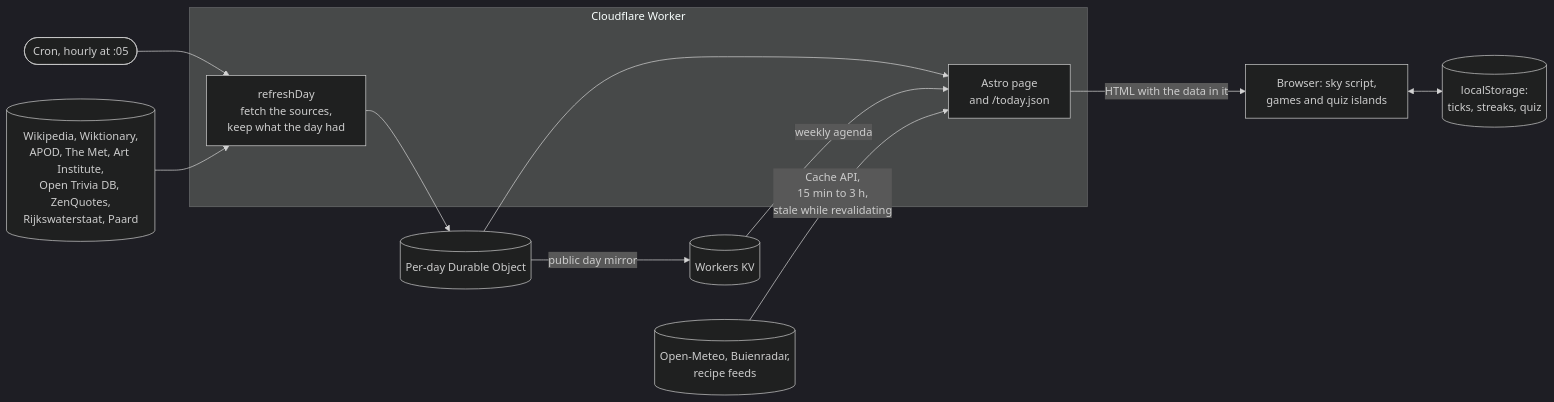
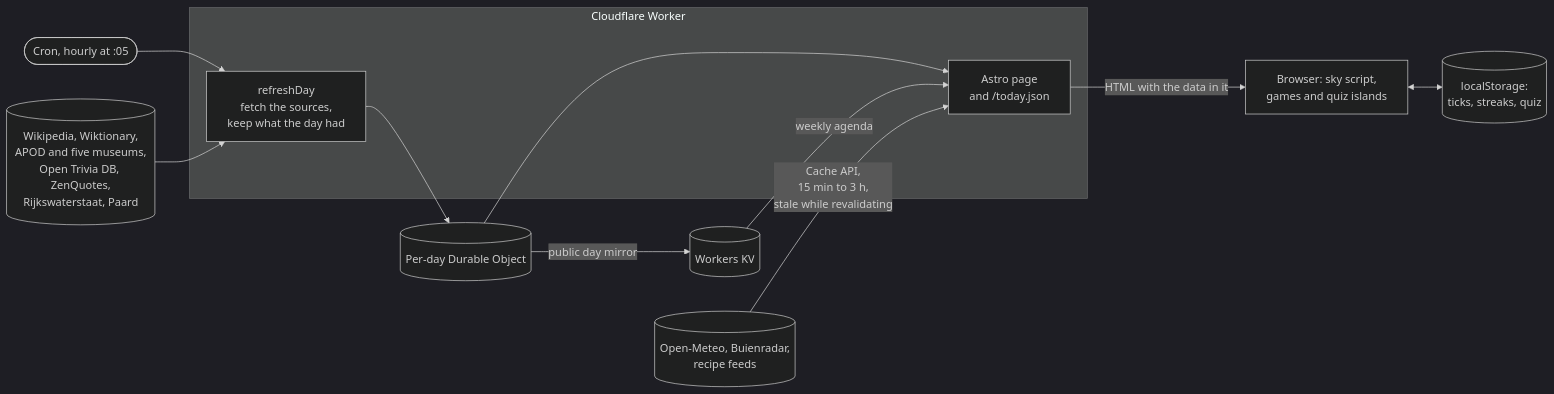
One commit to simonvanlierde/duinlab-today changed the diagram in README.md. Above: the diagram before and after it, drawn with Mermaid (dark theme). The commit also changed other lines of this file and 34 other files, not shown here.

First line of the commit message:
feat(pictures): add Cleveland, SMK and Wellcome, drop the Art Institute (#56)

````diff
--- a/README.md
+++ b/README.md
@@ -30,16 +30,16 @@
 ```mermaid
 flowchart LR
   cron(["Cron, hourly at :05"]) --> build
   subgraph worker["Cloudflare Worker"]
     build["refreshDay<br/>fetch the sources,<br/>keep what the day had"]
     page["Astro page<br/>and /today.json"]
   end
-  sources[("Wikipedia, Wiktionary,<br/>APOD, The Met, Art Institute,<br/>Open Trivia DB, ZenQuotes,<br/>Rijkswaterstaat, Paard")] --> build
+  sources[("Wikipedia, Wiktionary,<br/>APOD and five museums,<br/>Open Trivia DB, ZenQuotes,<br/>Rijkswaterstaat, Paard")] --> build
   build --> owner[("Per-day Durable Object")]
   owner --> page
   owner -- "public day mirror" --> kv[("Workers KV")]
   kv -- "weekly agenda" --> page
   live[("Open-Meteo, Buienradar,<br/>recipe feeds")] -- "Cache API,<br/>15 min to 3 h,<br/>stale while revalidating" --> page
   page -- "HTML with the data in it" --> browser["Browser: sky script,<br/>games and quiz islands"]
   browser <--> ls[("localStorage:<br/>ticks, streaks, quiz")]
 ```
````
